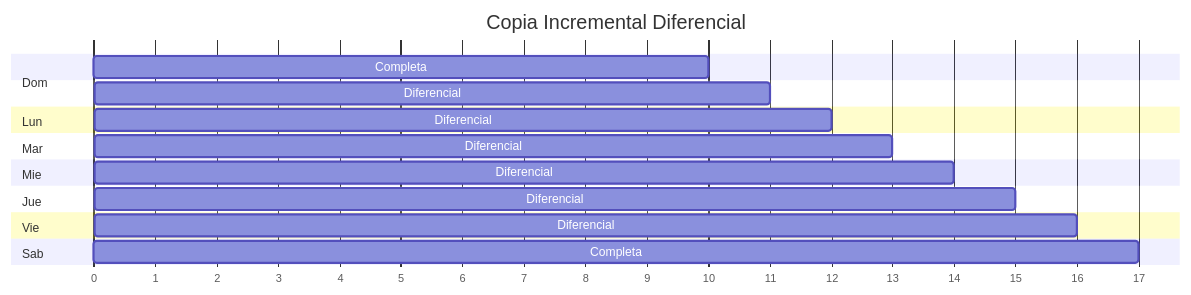
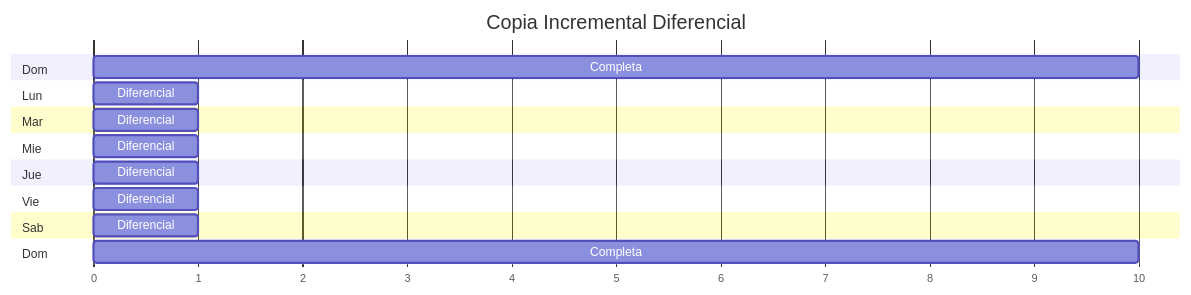
One commit to laralbir/bigdata-ia changed diagram 12 of 12 in clases/big_data_aplicado/anotaciones/almacenamiento_masivo_datos.md. Above: the diagram before and after it, drawn with Mermaid. The commit also changed other lines of this file, not shown here.

Commit message:
fix(big_data_aplicado): añadir espacio a las secciones repetidas en gantt para evitar solapamientos

````diff
--- a/clases/big_data_aplicado/anotaciones/almacenamiento_masivo_datos.md
+++ b/clases/big_data_aplicado/anotaciones/almacenamiento_masivo_datos.md
@@ -663,23 +663,23 @@
 ```mermaid
 gantt
     title Copia Incremental Diferencial
     dateFormat X
     axisFormat %s
 
     section Dom
     Completa :0, 10
     section Lun
-    Diferencial :10, 11
+    Diferencial :0, 1
     section Mar
-    Diferencial :11, 12
+    Diferencial :0, 1
     section Mie
-    Diferencial :12, 13
+    Diferencial :0, 1
     section Jue
-    Diferencial :13, 14
+    Diferencial :0, 1
     section Vie
-    Diferencial :14, 15
+    Diferencial :0, 1
     section Sab
-    Diferencial :15, 16
-    section Dom
-    Completa :0, 17
+    Diferencial :0, 1
+    section Dom 
+    Completa :0, 10
 ```
````
